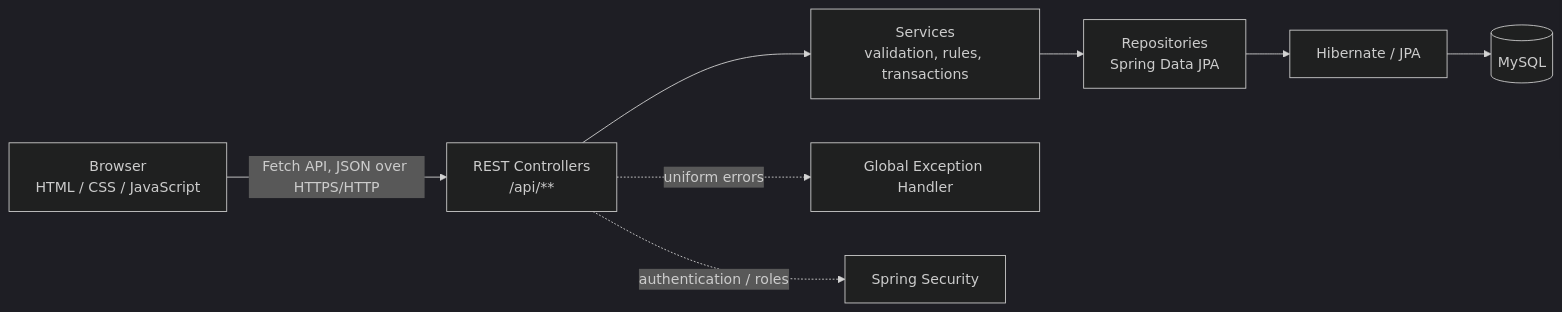
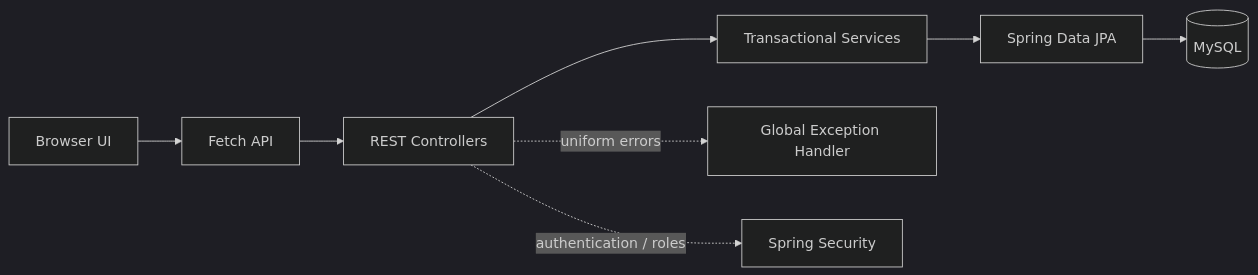
The first of 4 diagrams in docs/ARCHITECTURE.md (prathamkashyap/libris), drawn with Mermaid (dark theme) before and after one commit. The commit also changed other lines of this file and 12 other files, not shown here.

````diff
--- a/docs/ARCHITECTURE.md
+++ b/docs/ARCHITECTURE.md
@@ -280,10 +28,10 @@
 ```mermaid
 flowchart LR
-    B["Browser\nHTML / CSS / JavaScript"] -->|"Fetch API, JSON over HTTPS/HTTP"| C["REST Controllers\n/api/**"]
-    C --> S["Services\nvalidation, rules, transactions"]
-    S --> R["Repositories\nSpring Data JPA"]
-    R --> H["Hibernate / JPA"]
-    H --> D[("MySQL")]
-    C -. "uniform errors" .-> E["Global Exception Handler"]
-    C -. "authentication / roles" .-> SEC["Spring Security"]
+    Browser["Browser UI"] --> Fetch["Fetch API"]
+    Fetch --> Controller["REST Controllers"]
+    Controller --> Service["Transactional Services"]
+    Service --> Repository["Spring Data JPA"]
+    Repository --> Database[("MySQL")]
+    Controller -. "uniform errors" .-> ExceptionHandler["Global Exception Handler"]
+    Controller -. "authentication / roles" .-> Security["Spring Security"]
 ```
````
